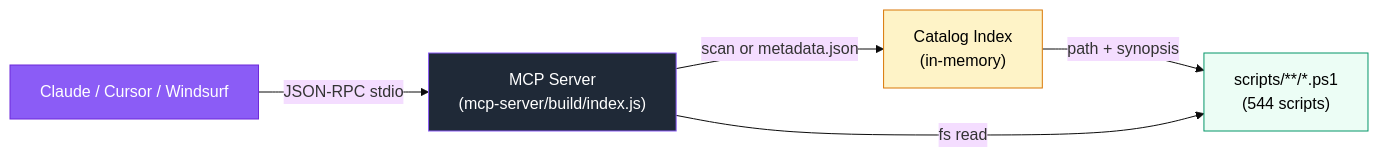
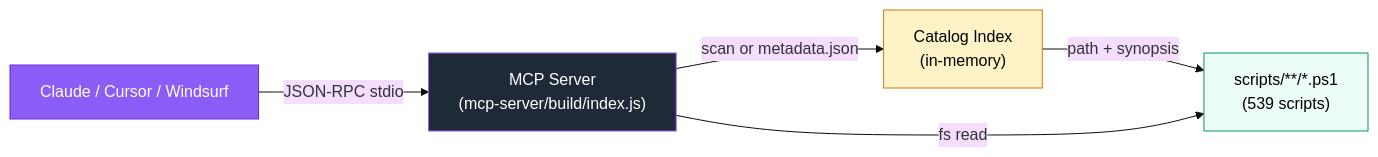
Before and after one commit to Carme99/bug-free-umbrella: the diagram in docs/MCP-Server.md, drawn with Mermaid (base theme). The commit also changed other lines of this file and 1116 other files, not shown here.

````diff
--- a/docs/MCP-Server.md
+++ b/docs/MCP-Server.md
@@ -22,12 +22,12 @@
 ```mermaid
 flowchart LR
     Claude["Claude / Cursor / Windsurf"] -->|JSON-RPC stdio| MCP["MCP Server<br/>(mcp-server/build/index.js)"]
     MCP -->|scan or metadata.json| Catalog["Catalog Index<br/>(in-memory)"]
-    Catalog -->|path + synopsis| Scripts["scripts/**/*.ps1<br/>(544 scripts)"]
+    Catalog -->|path + synopsis| Scripts["scripts/**/*.ps1<br/>(539 scripts)"]
     MCP -->|fs read| Scripts
 
     style Claude fill:#8B5CF6,stroke:#6D28D9,color:#fff
     style MCP fill:#1F2937,stroke:#8B5CF6,color:#fff
     style Catalog fill:#FEF3C7,stroke:#D97706,color:#000
     style Scripts fill:#ECFDF5,stroke:#059669,color:#000
 ```
````
